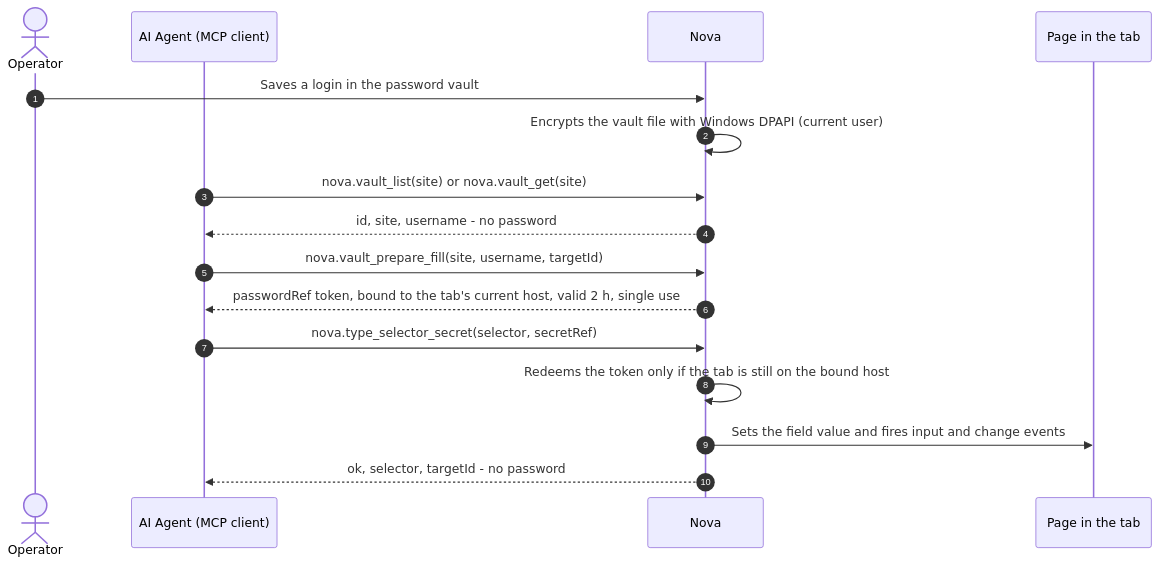
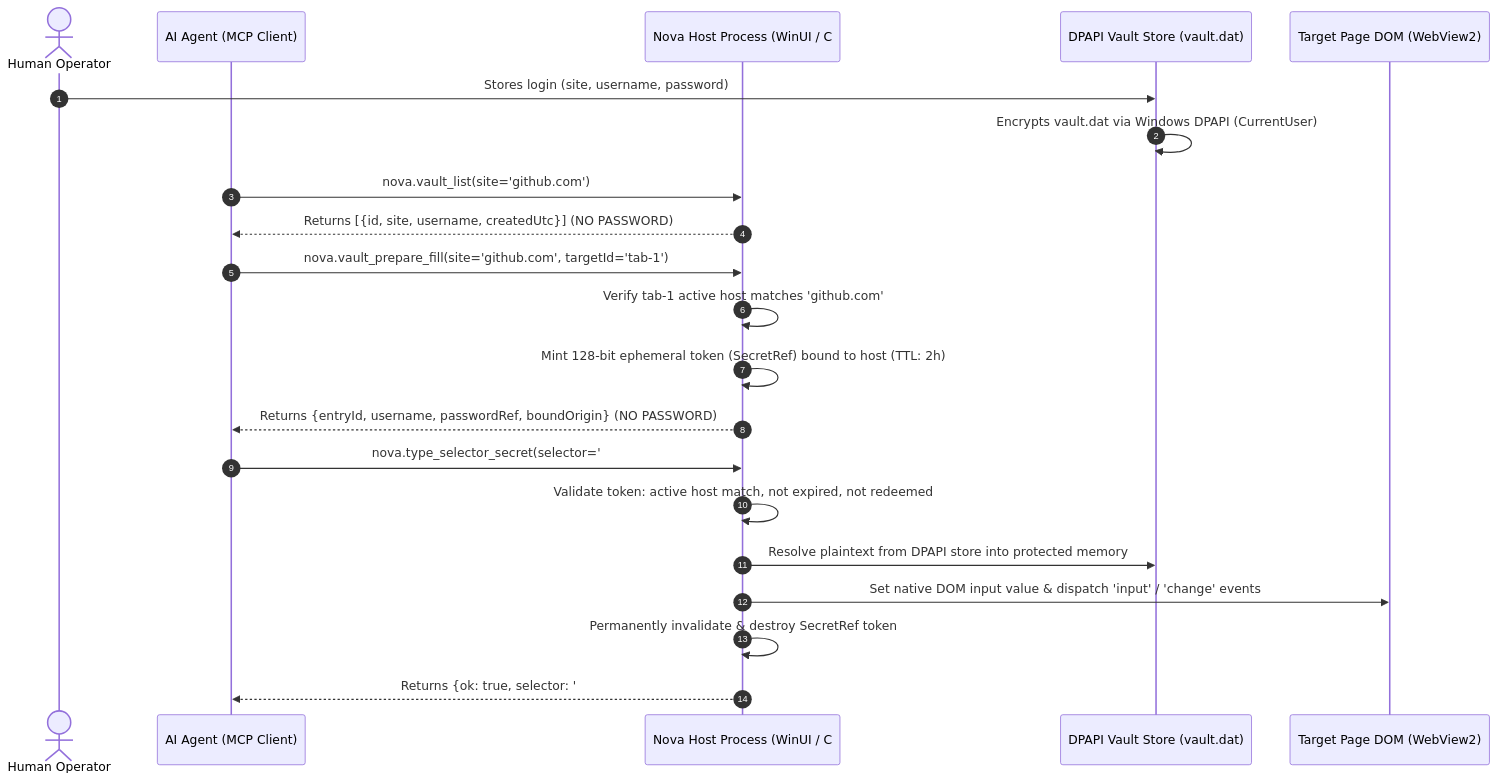
The first of 5 diagrams in docs/core-features/privacy/vault-and-secrets/README.md (joelaniol/nova), drawn with Mermaid before and after one commit. The commit also changed other lines of this file and 8 other files, not shown here.

Commit message:
docs(privacy): expand architecture suite with fingerprint protection, DPAPI vault, and leak prevention

````diff
--- a/docs/core-features/privacy/vault-and-secrets/README.md
+++ b/docs/core-features/privacy/vault-and-secrets/README.md
@@ -27,19 +17,27 @@
 ```mermaid
 sequenceDiagram
     autonumber
-    actor User as Operator
-    participant Agent as AI Agent (MCP client)
-    participant Host as Nova
-    participant DOM as Page in the tab
+    actor Operator as Human Operator
+    participant Agent as AI Agent (MCP Client)
+    participant Host as Nova Host Process (WinUI / C#)
+    participant Vault as DPAPI Vault Store (vault.dat)
+    participant Web as Target Page DOM (WebView2)
 
-    User->>Host: Saves a login in the password vault
-    Host->>Host: Encrypts the vault file with Windows DPAPI (current user)
-    Agent->>Host: nova.vault_list(site) or nova.vault_get(site)
-    Host-->>Agent: id, site, username - no password
-    Agent->>Host: nova.vault_prepare_fill(site, username, targetId)
-    Host-->>Agent: passwordRef token, bound to the tab's current host, valid 2 h, single use
-    Agent->>Host: nova.type_selector_secret(selector, secretRef)
-    Host->>Host: Redeems the token only if the tab is still on the bound host
-    Host->>DOM: Sets the field value and fires input and change events
-    Host-->>Agent: ok, selector, targetId - no password
+    Operator->>Vault: Stores login (site, username, password)
+    Vault->>Vault: Encrypts vault.dat via Windows DPAPI (CurrentUser)
+    
+    Agent->>Host: nova.vault_list(site='github.com')
+    Host-->>Agent: Returns [{id, site, username, createdUtc}] (NO PASSWORD)
+
+    Agent->>Host: nova.vault_prepare_fill(site='github.com', targetId='tab-1')
+    Host->>Host: Verify tab-1 active host matches 'github.com'
+    Host->>Host: Mint 128-bit ephemeral token (SecretRef) bound to host (TTL: 2h)
+    Host-->>Agent: Returns {entryId, username, passwordRef, boundOrigin} (NO PASSWORD)
+
+    Agent->>Host: nova.type_selector_secret(selector='#password', secretRef=passwordRef)
+    Host->>Host: Validate token: active host match, not expired, not redeemed
+    Host->>Vault: Resolve plaintext from DPAPI store into protected memory
+    Host->>Web: Set native DOM input value & dispatch 'input' / 'change' events
+    Host->>Host: Permanently invalidate & destroy SecretRef token
+    Host-->>Agent: Returns {ok: true, selector: '#password'} (NO PASSWORD)
 ```
````
